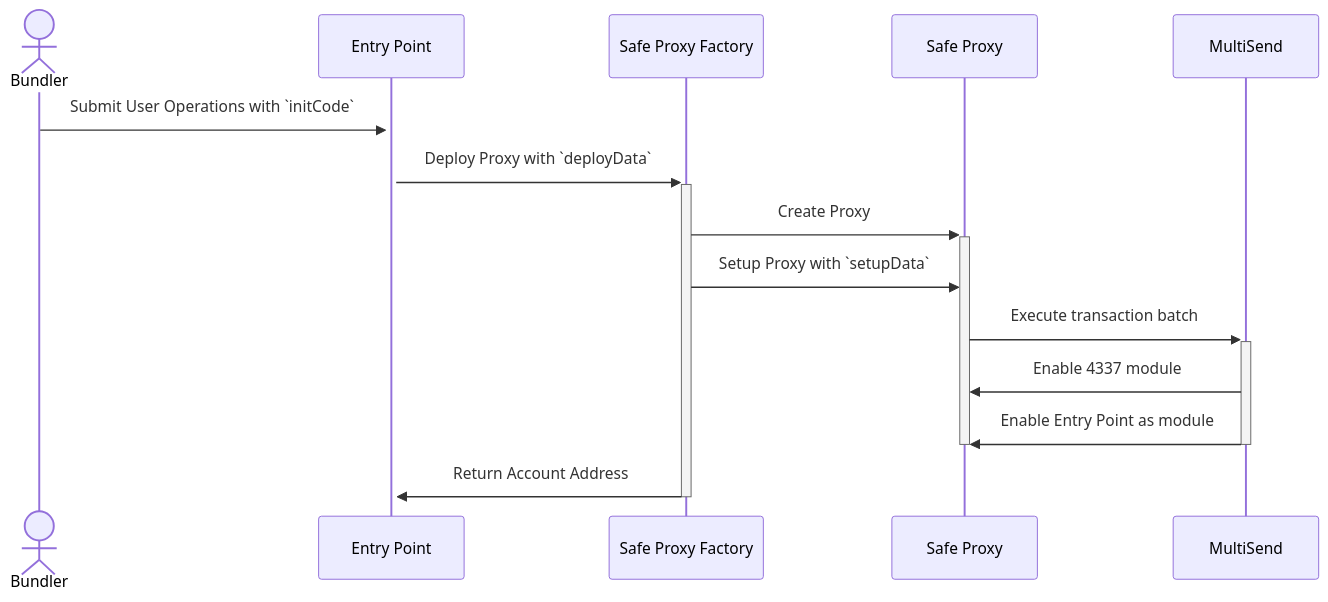
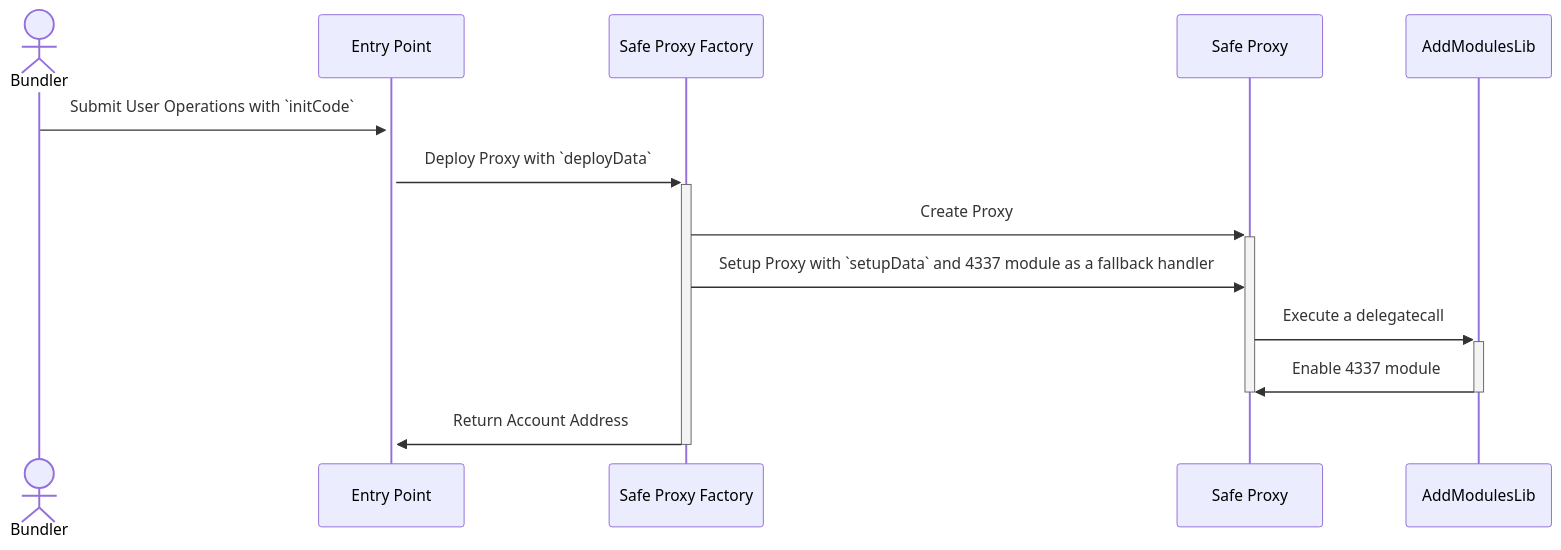
One commit to safe-global/safe-modules changed the second of 2 diagrams in 4337/README.md. Above: the diagram before and after it, drawn with Mermaid.

Commit message:
Fix the mermaid diagram flow for deploy a safe with module enabled

````diff
--- a/4337/README.md
+++ b/4337/README.md
@@ -87,18 +87,17 @@
 ```mermaid
 sequenceDiagram
     actor B as Bundler
     participant E as Entry Point
     participant F as Safe Proxy Factory
     participant P as Safe Proxy
-    participant M as MultiSend
+    participant L as AddModulesLib
     B->>+E: Submit User Operations with `initCode`
     E->>+F: Deploy Proxy with `deployData`
     F->>+P: Create Proxy
-    F->>P: Setup Proxy with `setupData`
-    P->>+M: Execute transaction batch
-    M->>P: Enable 4337 module
-    M->>P: Enable Entry Point as module
-    deactivate M
+    F->>P: Setup Proxy with `setupData` and 4337 module as a fallback handler
+    P->>+L: Execute a delegatecall
+    L->>P: Enable 4337 module
+    deactivate L
     deactivate P
     F->>-E: Return Account Address
 ```
````
